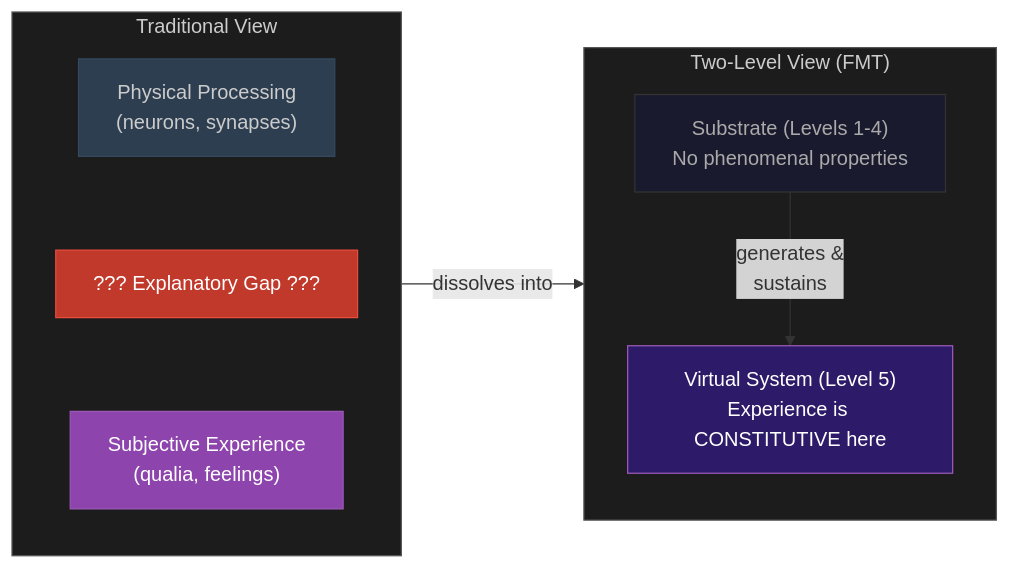
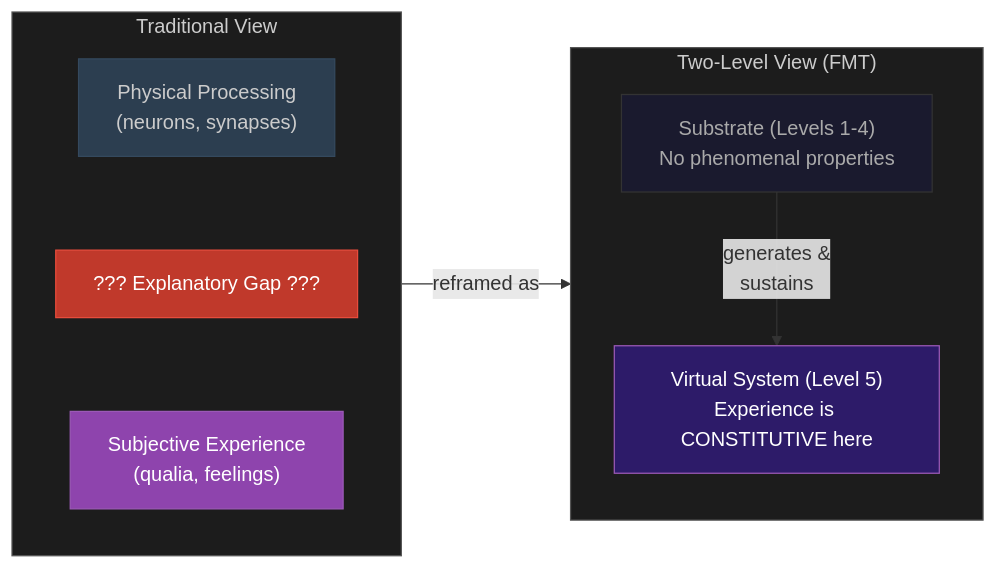
Before and after one commit to JeltzProstetnic/aIware: the diagram in wiki/hard-problem/dissolution.md, drawn with Mermaid. The commit also changed other lines of this file and 124 other files, not shown here.

````diff
--- a/wiki/hard-problem/dissolution.md
+++ b/wiki/hard-problem/dissolution.md
@@ -41,27 +41,27 @@
 ```mermaid
 graph LR
     subgraph BEFORE["Traditional View"]
         direction TB
         PHY1["Physical Processing<br/>(neurons, synapses)"]
         GAP1["??? Explanatory Gap ???"]
         EXP1["Subjective Experience<br/>(qualia, feelings)"]
         PHY1 ~~~ GAP1 ~~~ EXP1
     end
 
     subgraph AFTER["Two-Level View (FMT)"]
         direction TB
         VSYS["Virtual System (Level 5)<br/>Experience is CONSTITUTIVE here"]
         SSYS["Substrate (Levels 1-4)<br/>No phenomenal properties"]
         SSYS -->|"generates &<br/>sustains"| VSYS
     end
 
-    BEFORE -->|"dissolves into"| AFTER
+    BEFORE -->|"reframed as"| AFTER
 
     style GAP1 fill:#c0392b,stroke:#e74c3c,color:#fff
     style PHY1 fill:#2c3e50,stroke:#34495e,color:#ccc
     style EXP1 fill:#8e44ad,stroke:#9b59b6,color:#fff
     style VSYS fill:#2d1b69,stroke:#9b59b6,color:#fff
     style SSYS fill:#1a1a2e,stroke:#333,color:#aaa
     style BEFORE fill:#1c1c1c,stroke:#555,color:#ccc
     style AFTER fill:#1c1c1c,stroke:#555,color:#ccc
 ```
````
